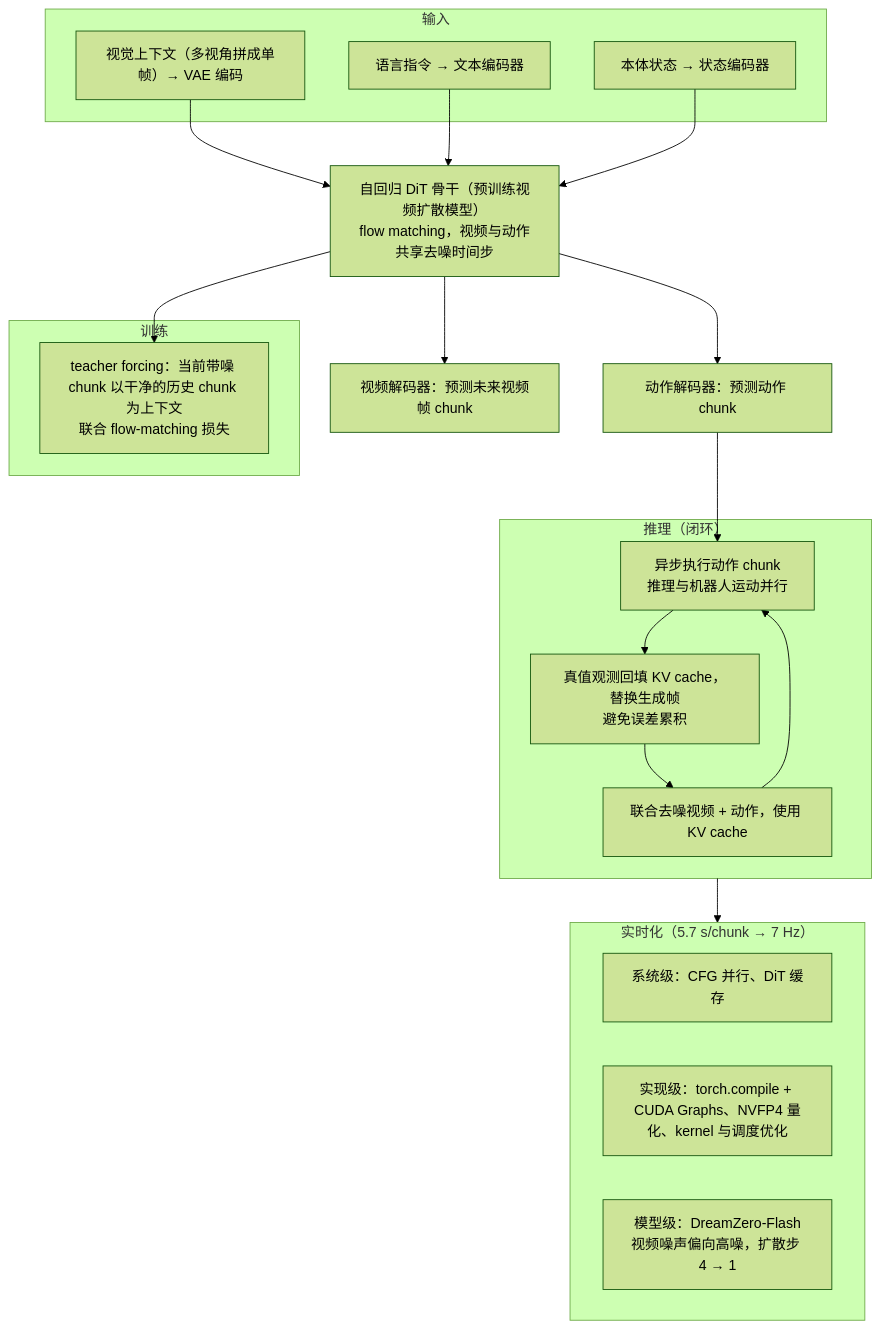
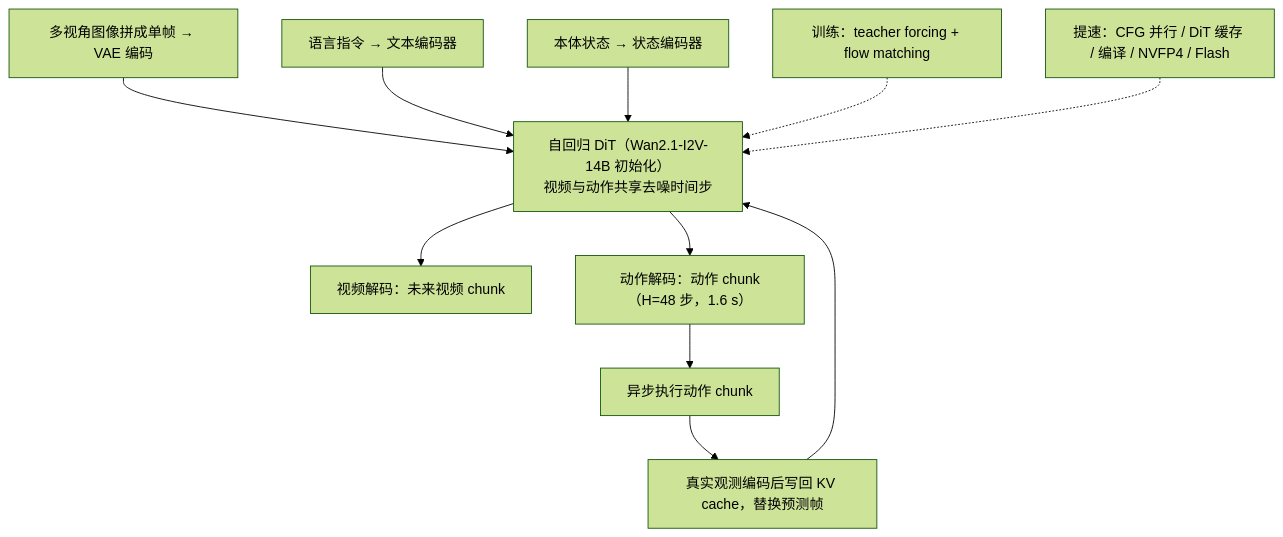
One commit to ImChong/Robotics_Notebooks changed the diagram in wiki/entities/paper-notebook-dreamzero-world-action-models-are-zero-shot-poli.md. Above: the diagram before and after it, drawn with Mermaid (forest theme). The commit also changed other lines of this file and 196 other files, not shown here.

````diff
--- a/wiki/entities/paper-notebook-dreamzero-world-action-models-are-zero-shot-poli.md
+++ b/wiki/entities/paper-notebook-dreamzero-world-action-models-are-zero-shot-poli.md
@@ -46,29 +68,14 @@
 ```mermaid
 flowchart TD
-    subgraph IN["输入"]
-        A["视觉上下文（多视角拼成单帧）→ VAE 编码"]
-        B["语言指令 → 文本编码器"]
-        C["本体状态 → 状态编码器"]
-    end
-    A --> D["自回归 DiT 骨干（预训练视频扩散模型）<br/>flow matching，视频与动作共享去噪时间步"]
-    B --> D
-    C --> D
-    D --> E["视频解码器：预测未来视频帧 chunk"]
-    D --> F["动作解码器：预测动作 chunk"]
-    subgraph TR["训练"]
-        G["teacher forcing：当前带噪 chunk 以干净的历史 chunk 为上下文<br/>联合 flow-matching 损失"]
-    end
-    subgraph INF["推理（闭环）"]
-        H["联合去噪视频 + 动作，使用 KV cache"] --> I["异步执行动作 chunk<br/>推理与机器人运动并行"]
-        I --> J["真值观测回填 KV cache，替换生成帧<br/>避免误差累积"]
-        J --> H
-    end
-    F --> I
-    subgraph OPT["实时化（5.7 s/chunk → 7 Hz）"]
-        K["系统级：CFG 并行、DiT 缓存"]
-        L["实现级：torch.compile + CUDA Graphs、NVFP4 量化、kernel 与调度优化"]
-        M["模型级：DreamZero-Flash<br/>视频噪声偏向高噪，扩散步 4 → 1"]
-    end
-    D --> G
-    INF --> OPT
+    A["多视角图像拼成单帧 → VAE 编码"] --> D
+    B["语言指令 → 文本编码器"] --> D
+    C["本体状态 → 状态编码器"] --> D
+    D["自回归 DiT（Wan2.1-I2V-14B 初始化）<br/>视频与动作共享去噪时间步"]
+    D --> E["视频解码：未来视频 chunk"]
+    D --> F["动作解码：动作 chunk（H=48 步，1.6 s）"]
+    F --> G["异步执行动作 chunk"]
+    G --> H["真实观测编码后写回 KV cache，替换预测帧"]
+    H --> D
+    I["训练：teacher forcing + flow matching"] -.-> D
+    J["提速：CFG 并行 / DiT 缓存 / 编译 / NVFP4 / Flash"] -.-> D
 ```
````
